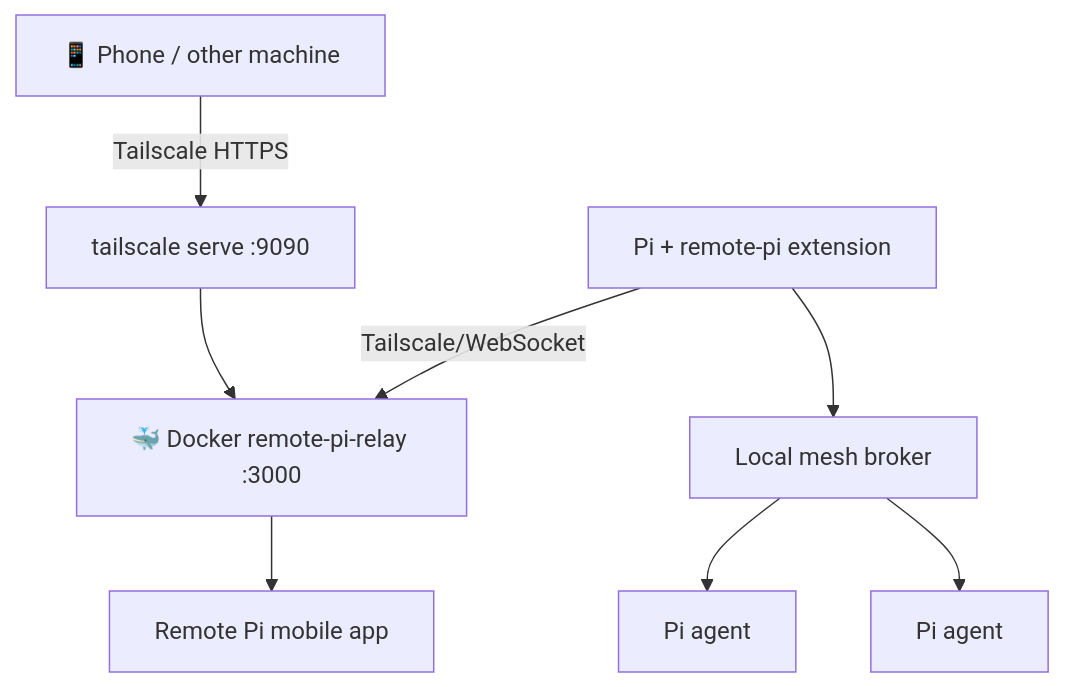
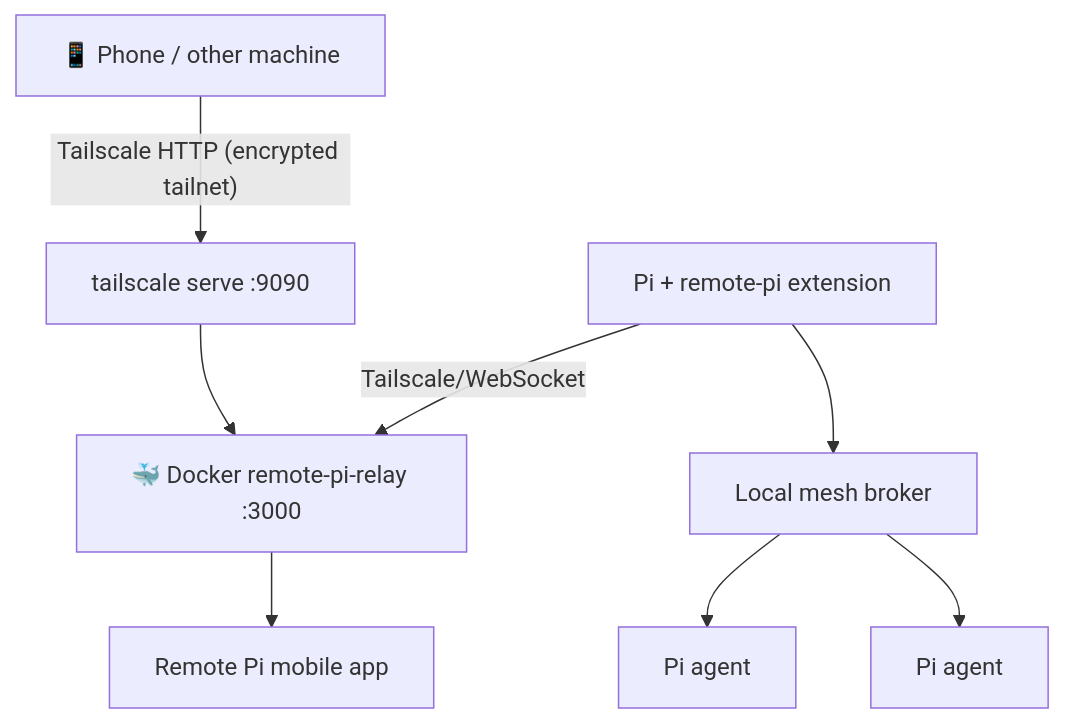
One commit to quickcall-dev/all-configs changed the diagram in pi/remote-pi/setup.md. Above: the diagram before and after it, drawn with Mermaid. The commit also changed other lines of this file, not shown here.

Commit message:
Fix Remote Pi relay Tailscale binding docs

````diff
--- a/pi/remote-pi/setup.md
+++ b/pi/remote-pi/setup.md
@@ -14,10 +14,10 @@
 ```mermaid
 graph TD
-    phone[📱 Phone / other machine] -- Tailscale HTTPS --> serve[tailscale serve :9090]
+    phone[📱 Phone / other machine] -- Tailscale HTTP (encrypted tailnet) --> serve[tailscale serve :9090]
     serve --> relay[🐳 Docker remote-pi-relay :3000]
     pi[Pi + remote-pi extension] -- Tailscale/WebSocket --> relay
     relay --> app[Remote Pi mobile app]
     pi --> broker[Local mesh broker]
     broker --> agent1[Pi agent]
     broker --> agent2[Pi agent]
 ```
````
